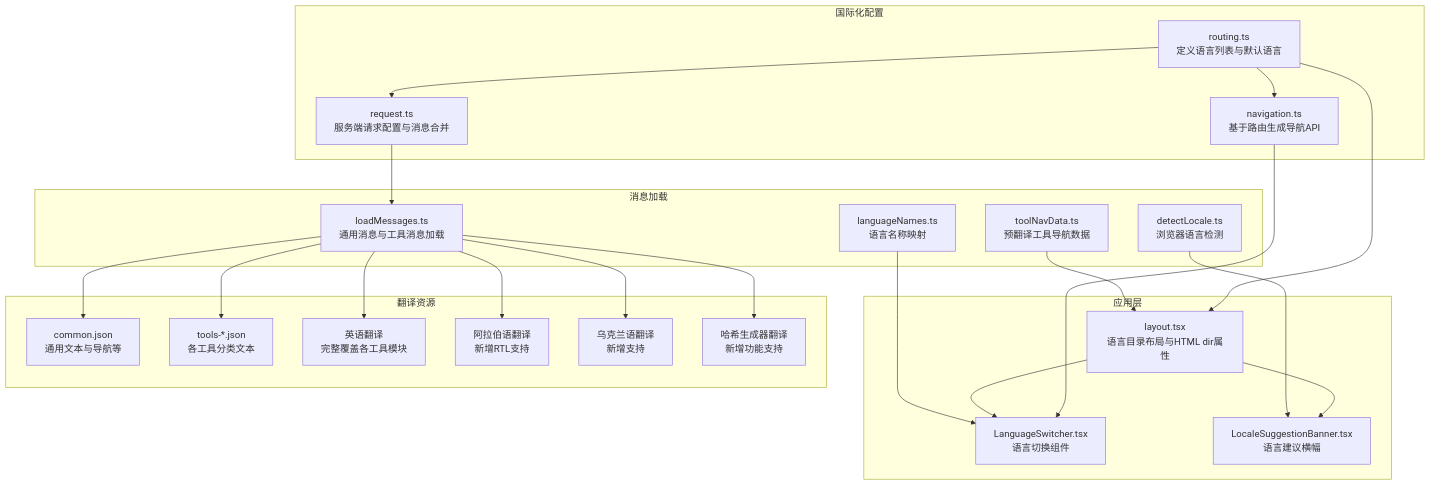
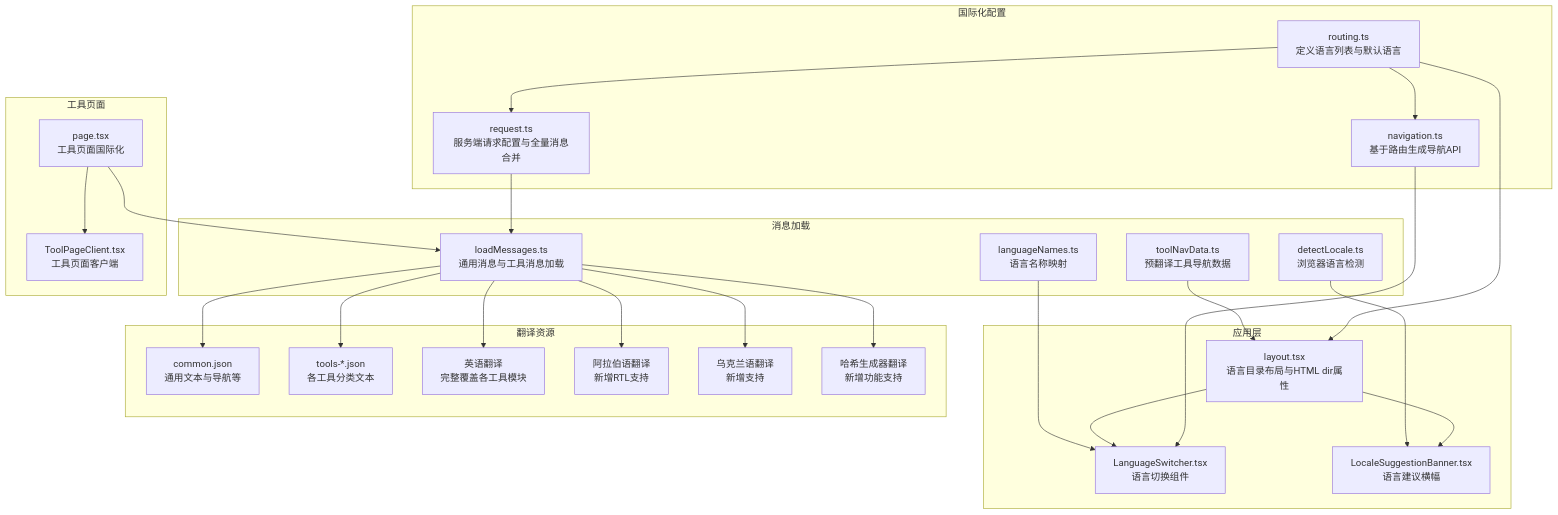
The first of 10 diagrams in .qoder/repowiki/zh/content/国际化系统.md (sgyy/privadeck), drawn with Mermaid before and after one commit. The commit also changed other lines of this file and 3 other files, not shown here.

````diff
--- a/.qoder/repowiki/zh/content/国际化系统.md
+++ b/.qoder/repowiki/zh/content/国际化系统.md
@@ -66,43 +72,49 @@
 ```mermaid
 graph TB
 subgraph "国际化配置"
 RT["routing.ts<br/>定义语言列表与默认语言"]
 NAV["navigation.ts<br/>基于路由生成导航API"]
-REQ["request.ts<br/>服务端请求配置与消息合并"]
+REQ["request.ts<br/>服务端请求配置与全量消息合并"]
 end
 subgraph "应用层"
 LAYOUT["layout.tsx<br/>语言目录布局与HTML dir属性"]
 SWITCH["LanguageSwitcher.tsx<br/>语言切换组件"]
 BANNER["LocaleSuggestionBanner.tsx<br/>语言建议横幅"]
 end
 subgraph "消息加载"
 LOAD["loadMessages.ts<br/>通用消息与工具消息加载"]
 TOOLNAV["toolNavData.ts<br/>预翻译工具导航数据"]
 DETECT["detectLocale.ts<br/>浏览器语言检测"]
 NAMES["languageNames.ts<br/>语言名称映射"]
+end
+subgraph "工具页面"
+TOOLPAGE["page.tsx<br/>工具页面国际化"]
+CLIENT["ToolPageClient.tsx<br/>工具页面客户端"]
 end
 subgraph "翻译资源"
 COMMON["common.json<br/>通用文本与导航等"]
 TOOLS["tools-*.json<br/>各工具分类文本"]
 EN["英语翻译<br/>完整覆盖各工具模块"]
 AR["阿拉伯语翻译<br/>新增RTL支持"]
 UK["乌克兰语翻译<br/>新增支持"]
 HASH["哈希生成器翻译<br/>新增功能支持"]
 end
 RT --> NAV
 RT --> REQ
 RT --> LAYOUT
 NAV --> SWITCH
 LAYOUT --> SWITCH
 LAYOUT --> BANNER
 REQ --> LOAD
 LOAD --> COMMON
 LOAD --> TOOLS
 LOAD --> EN
 LOAD --> AR
 LOAD --> UK
 LOAD --> HASH
 TOOLNAV --> LAYOUT
 DETECT --> BANNER
 NAMES --> SWITCH
+TOOLPAGE --> LOAD
+TOOLPAGE --> CLIENT
 ```
````
